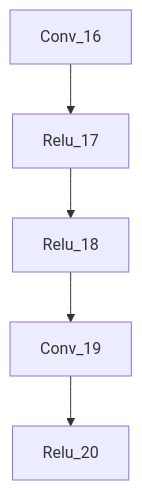
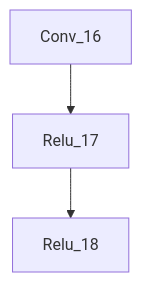
Before and after one commit to Ascend/msadvisor: the third of 3 diagrams in docs/knowledge_optimizer_frame.md, drawn with Mermaid. The commit also changed other lines of this file and 5 other files, not shown here.

````diff
--- a/docs/knowledge_optimizer_frame.md
+++ b/docs/knowledge_optimizer_frame.md
@@ -141,4 +153,4 @@
 ```mermaid
 flowchart TB
-    Conv_16 --> Relu_17 --> Relu_18 --> Conv_19 --> Relu_20
+    Conv_16 --> Relu_17 --> Relu_18
 ```
````
